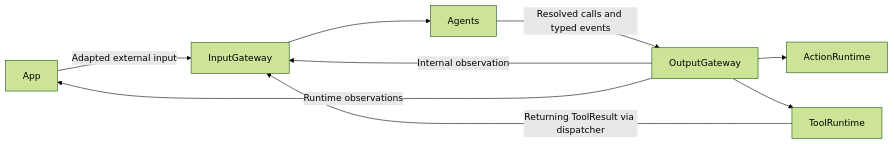
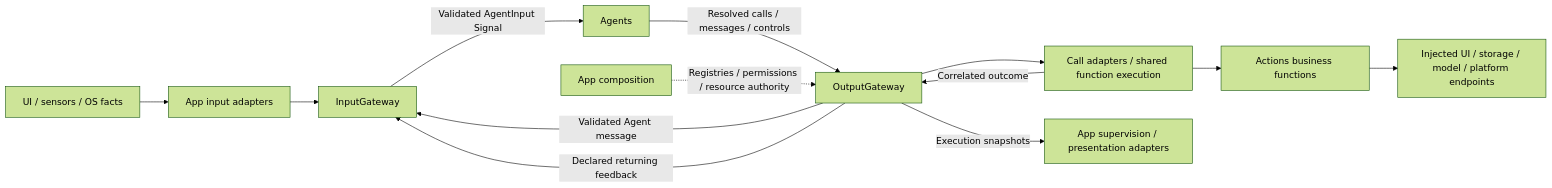
One commit to devilyouwei/MobileHarness changed the first of 2 diagrams in MobileHarness/Gateway/README.md. Above: the diagram before and after it, drawn with Mermaid (forest theme). The commit also changed other lines of this file and 238 other files, not shown here.

First line of the commit message:
Separate callable Actions from Gateway execution and call protocols

````diff
--- a/MobileHarness/Gateway/README.md
+++ b/MobileHarness/Gateway/README.md
@@ -26,11 +11,15 @@
 ```mermaid
 flowchart LR
-    App -->|Adapted external input| Input[InputGateway]
-    Input --> Agents
-    Agents -->|Resolved calls and typed events| Output[OutputGateway]
-    Output -->|Internal observation| Input
-    Output --> ActionExecution[ActionRuntime]
-    Output --> ToolExecution[ToolRuntime]
-    ToolExecution -->|Returning ToolResult via dispatcher| Input
-    Output -->|Runtime observations| App
+    External[UI / sensors / OS facts] --> Adapters[App input adapters]
+    Adapters --> Input[InputGateway]
+    Input -->|Validated AgentInput Signal| Agents
+    Agents -->|Resolved calls / messages / controls| Output[OutputGateway]
+    App[App composition] -.->|Registries / permissions / resource authority| Output
+    Output -->|Validated Agent message| Input
+    Output --> Runtime[Call adapters / shared function execution]
+    Runtime --> Functions[Actions business functions]
+    Functions --> Capabilities[Injected UI / storage / model / platform endpoints]
+    Runtime -->|Correlated outcome| Output
+    Output -->|Declared returning feedback| Input
+    Output -->|Execution snapshots| Observers[App supervision / presentation adapters]
 ```
````
